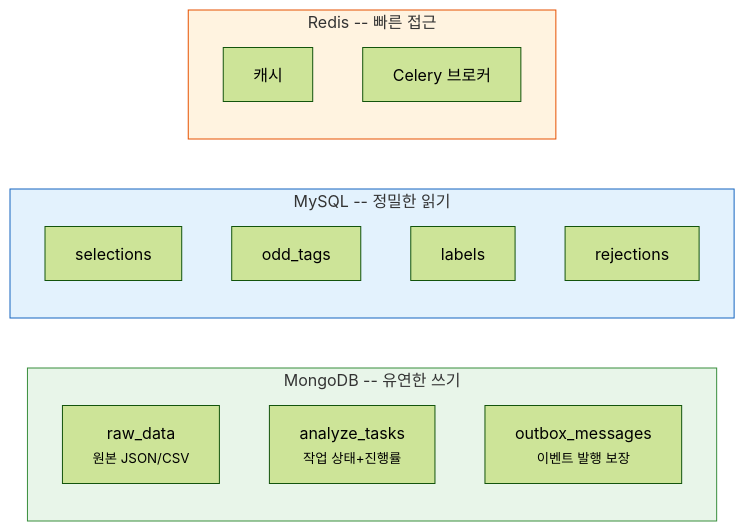
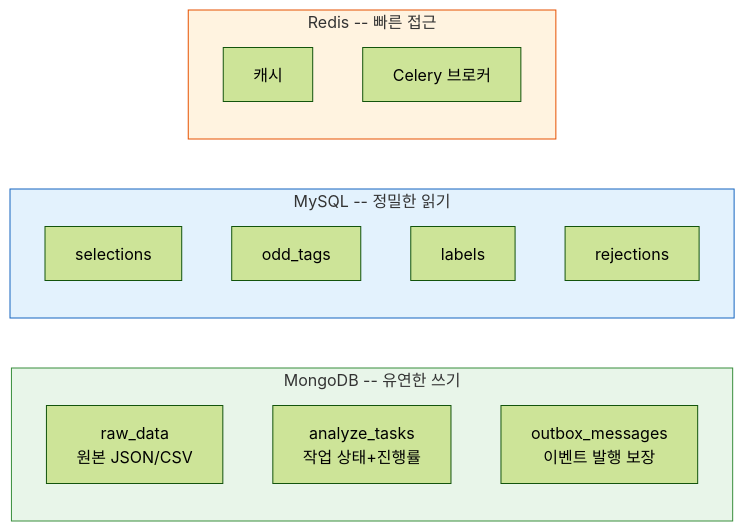
Before and after one commit to ryu-qqq/pipeline-server: the fifth of 10 diagrams in docs/architecture.md, drawn with Mermaid (forest theme). The commit also changed other lines of this file and 12 other files, not shown here.

````diff
--- a/docs/architecture.md
+++ b/docs/architecture.md
@@ -252,24 +253,24 @@
 ```mermaid
 graph LR
     subgraph MONGO ["MongoDB -- 유연한 쓰기"]
-        M1["raw_data<br/><small>원본 JSON/CSV</small>"]
-        M2["analyze_tasks<br/><small>작업 상태+진행률</small>"]
-        M3["outbox_messages<br/><small>이벤트 발행 보장</small>"]
+        M1["raw_data<br/>원본 JSON/CSV"]
+        M2["analyze_tasks<br/>작업 상태+진행률"]
+        M3["outbox_messages<br/>이벤트 발행 보장"]
     end
 
     subgraph MYSQL_DB ["MySQL -- 정밀한 읽기"]
         S1["selections"]
         S2["odd_tags"]
         S3["labels"]
         S4["rejections"]
     end
 
     subgraph REDIS_DB ["Redis -- 빠른 접근"]
         R1["캐시"]
         R2["Celery 브로커"]
     end
 
     style MONGO fill:#e8f5e9,stroke:#388e3c
     style MYSQL_DB fill:#e3f2fd,stroke:#1565c0
     style REDIS_DB fill:#fff3e0,stroke:#e65100
 ```
````
